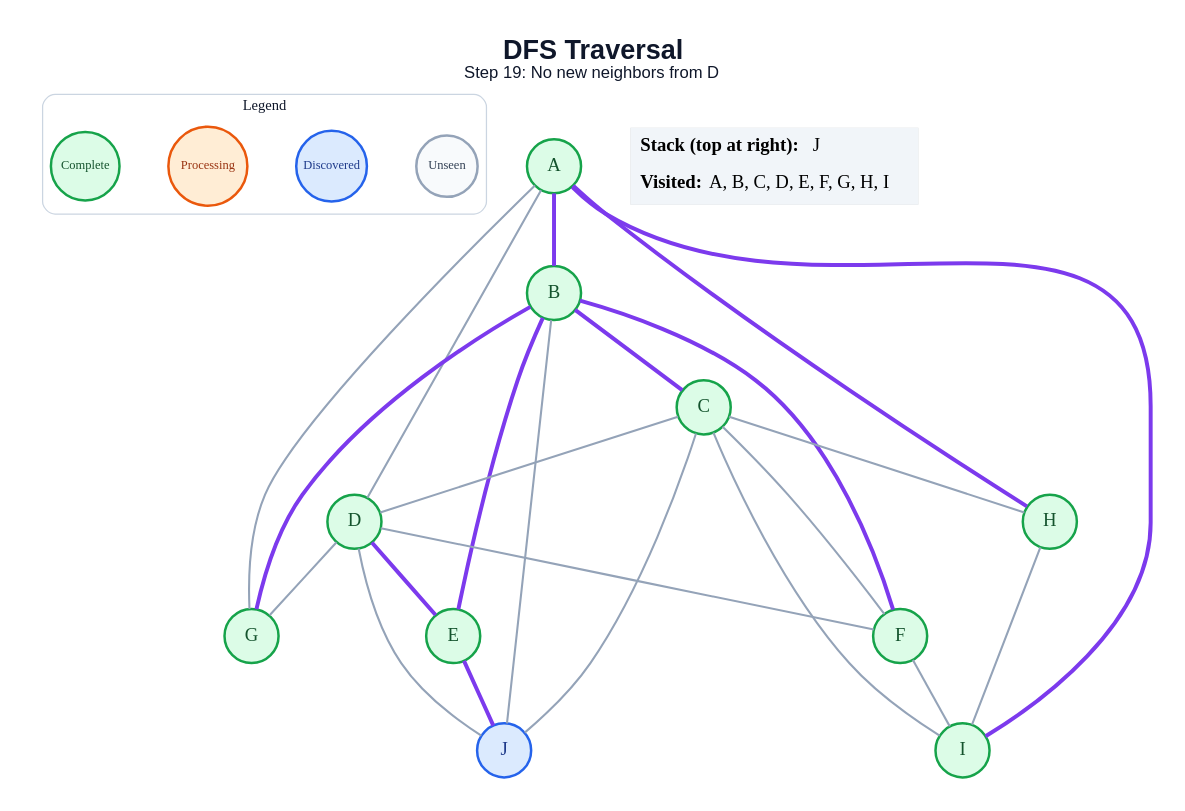
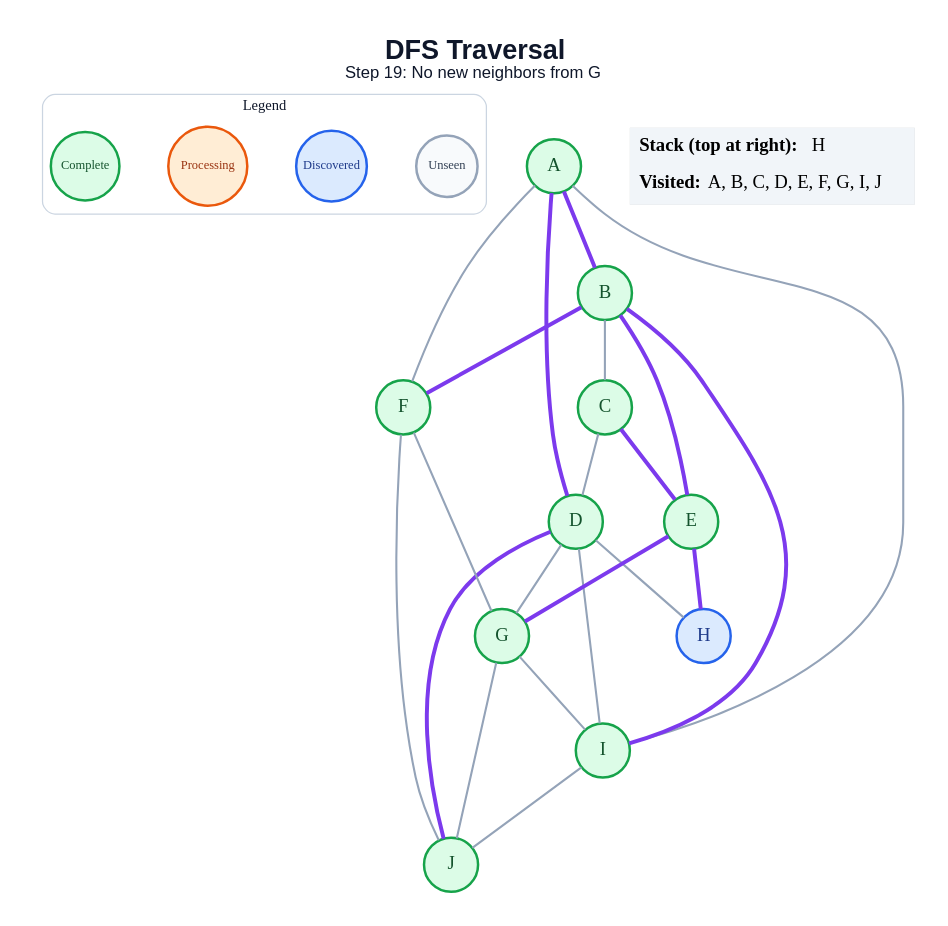
The diagram in generated/specific-node/dfs/step_19.dot (amanghodawala9/ai-slop), drawn with Graphviz before and after one commit. The commit also changed 178 other files, not shown here.

```diff
--- a/generated/specific-node/dfs/step_19.dot
+++ b/generated/specific-node/dfs/step_19.dot
@@ -1,51 +1,50 @@
 graph traversal {
   graph [layout=dot, rankdir=TB, bgcolor="#FFFFFF", pad="0.35", nodesep="0.65", ranksep="0.8", fontname="Arial"];
   node [shape=circle, style="filled", fontname="Arial Bold", fontsize=18, width=0.72, fixedsize=true, penwidth=2.4];
   edge [color="#94A3B8", penwidth=2.0];
-  label=<<B>DFS Traversal</B><BR/><FONT POINT-SIZE="16">Step 19: No new neighbors from D</FONT>>; labelloc="t"; fontsize=26; fontname="Arial"; fontcolor="#0F172A";
+  label=<<B>DFS Traversal</B><BR/><FONT POINT-SIZE="16">Step 19: No new neighbors from G</FONT>>; labelloc="t"; fontsize=26; fontname="Arial"; fontcolor="#0F172A";
   subgraph cluster_legend { label="Legend"; color="#CBD5E1"; penwidth=1.2; style="rounded"; fontsize=14; fontname="Arial Bold";
     key_unseen [label="Unseen", fillcolor="#F8FAFC", color="#94A3B8", fontcolor="#334155", fontsize=12, width=0.82];
     key_frontier [label="Discovered", fillcolor="#DBEAFE", color="#2563EB", fontcolor="#1E3A8A", fontsize=12, width=0.95];
     key_current [label="Processing", fillcolor="#FFEDD5", color="#EA580C", fontcolor="#9A3412", fontsize=12, width=1.05];
     key_done [label="Complete", fillcolor="#DCFCE7", color="#16A34A", fontcolor="#14532D", fontsize=12, width=0.92];
     { rank=same; key_unseen; key_frontier; key_current; key_done; }
   }
   A [fillcolor="#DCFCE7", color="#16A34A", fontcolor="#14532D"];
   B [fillcolor="#DCFCE7", color="#16A34A", fontcolor="#14532D"];
   C [fillcolor="#DCFCE7", color="#16A34A", fontcolor="#14532D"];
   D [fillcolor="#DCFCE7", color="#16A34A", fontcolor="#14532D"];
   E [fillcolor="#DCFCE7", color="#16A34A", fontcolor="#14532D"];
   F [fillcolor="#DCFCE7", color="#16A34A", fontcolor="#14532D"];
   G [fillcolor="#DCFCE7", color="#16A34A", fontcolor="#14532D"];
-  H [fillcolor="#DCFCE7", color="#16A34A", fontcolor="#14532D"];
+  H [fillcolor="#DBEAFE", color="#2563EB", fontcolor="#1E3A8A"];
   I [fillcolor="#DCFCE7", color="#16A34A", fontcolor="#14532D"];
-  J [fillcolor="#DBEAFE", color="#2563EB", fontcolor="#1E3A8A"];
+  J [fillcolor="#DCFCE7", color="#16A34A", fontcolor="#14532D"];
   A -- B [color="#7C3AED", penwidth=3.8];
-  A -- D;
-  A -- G;
-  A -- H [color="#7C3AED", penwidth=3.8];
-  A -- I [color="#7C3AED", penwidth=3.8];
-  B -- C [color="#7C3AED", penwidth=3.8];
+  A -- D [color="#7C3AED", penwidth=3.8];
+  A -- F;
+  A -- I;
+  B -- C;
   B -- E [color="#7C3AED", penwidth=3.8];
   B -- F [color="#7C3AED", penwidth=3.8];
-  B -- G [color="#7C3AED", penwidth=3.8];
-  B -- J;
+  B -- I [color="#7C3AED", penwidth=3.8];
   C -- D;
-  C -- F;
-  C -- H;
-  C -- I;
-  C -- J;
-  D -- E [color="#7C3AED", penwidth=3.8];
-  D -- F;
+  C -- E [color="#7C3AED", penwidth=3.8];
   D -- G;
-  D -- J;
-  E -- J [color="#7C3AED", penwidth=3.8];
-  F -- I;
-  H -- I;
+  D -- H;
+  D -- I;
+  D -- J [color="#7C3AED", penwidth=3.8];
+  E -- G [color="#7C3AED", penwidth=3.8];
+  E -- H [color="#7C3AED", penwidth=3.8];
+  F -- G;
+  F -- J;
+  G -- I;
+  G -- J;
+  I -- J;
   status [shape=plain, fixedsize=false, width=0, height=0, margin=0, label=<
     <TABLE BORDER="0" CELLBORDER="0" CELLPADDING="7" BGCOLOR="#F1F5F9">
-      <TR><TD ALIGN="LEFT"><B>Stack (top at right):</B> J</TD></TR>
-      <TR><TD ALIGN="LEFT"><B>Visited:</B> A, B, C, D, E, F, G, H, I</TD></TR>
+      <TR><TD ALIGN="LEFT"><B>Stack (top at right):</B> H</TD></TR>
+      <TR><TD ALIGN="LEFT"><B>Visited:</B> A, B, C, D, E, F, G, I, J</TD></TR>
     </TABLE>
   >];
 }
```
